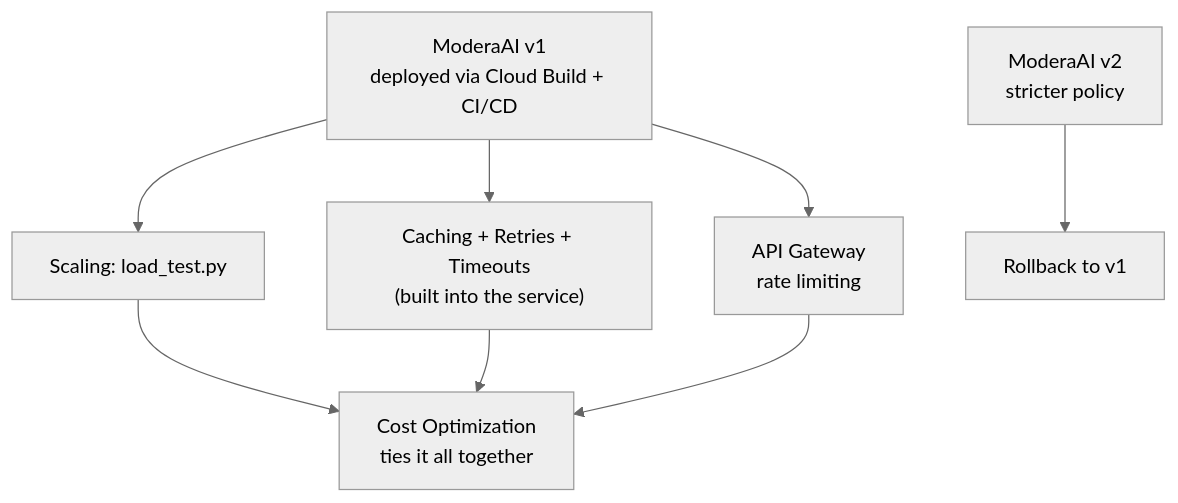
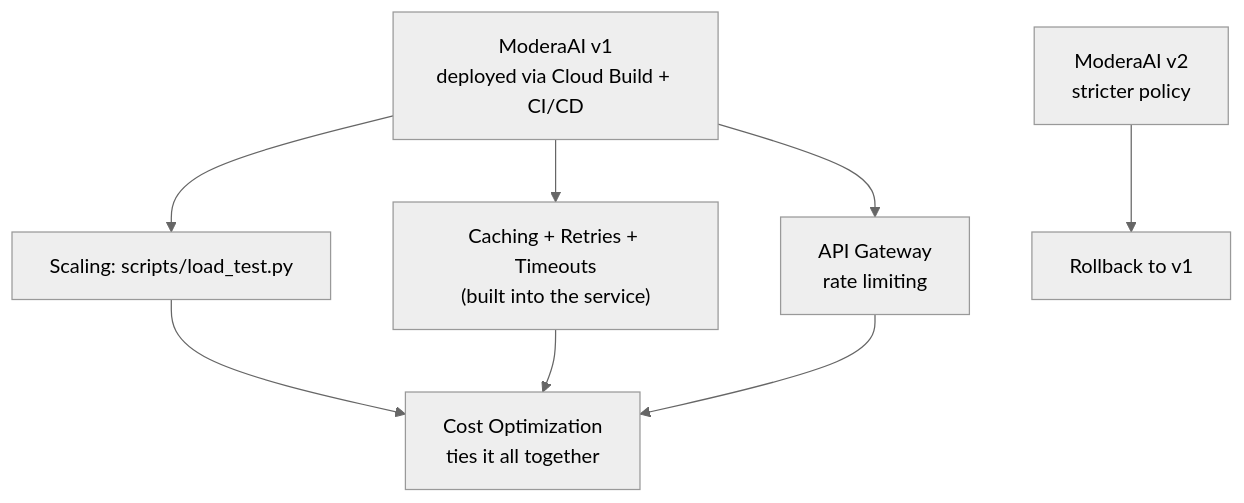
The diagram in 17-production-ai-engineering/docs/00-module-overview.md (AnjaniMalhotra/gcp-modules), drawn with Mermaid (neutral theme) before and after one commit. The commit also changed other lines of this file and 10 other files, not shown here.

````diff
--- a/17-production-ai-engineering/docs/00-module-overview.md
+++ b/17-production-ai-engineering/docs/00-module-overview.md
@@ -48,10 +48,10 @@
 ```mermaid
 flowchart TD
-    A["ModeraAI v1<br/>deployed via Cloud Build + CI/CD"] --> B["Scaling: load_test.py"]
+    A["ModeraAI v1<br/>deployed via Cloud Build + CI/CD"] --> B["Scaling: scripts/load_test.py"]
     A --> C["Caching + Retries + Timeouts<br/>(built into the service)"]
     D["ModeraAI v2<br/>stricter policy"] --> E["Rollback to v1"]
     A --> F["API Gateway<br/>rate limiting"]
     B --> G["Cost Optimization<br/>ties it all together"]
     C --> G
     F --> G
 ```
````
